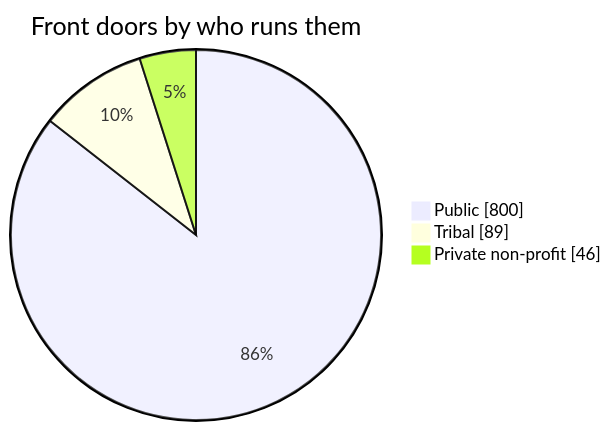
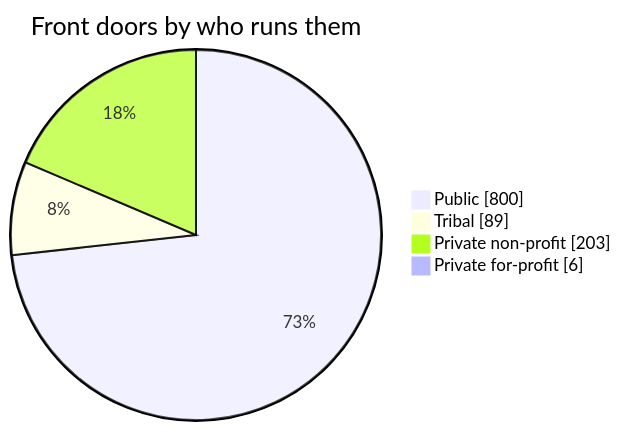
Before and after one commit to jamiegannaway/kinderform: the third of 3 diagrams in docs/us-survey-plan.md, drawn with Mermaid. The commit also changed other lines of this file and 1 other file, not shown here.

First line of the commit message:
US register: private agencies for Maryland to New Hampshire

````diff
--- a/docs/us-survey-plan.md
+++ b/docs/us-survey-plan.md
@@ -65,6 +65,7 @@
 ```mermaid
 pie showData title Front doors by who runs them
     "Public" : 800
     "Tribal" : 89
-    "Private non-profit" : 46
+    "Private non-profit" : 203
+    "Private for-profit" : 6
 ```
````
